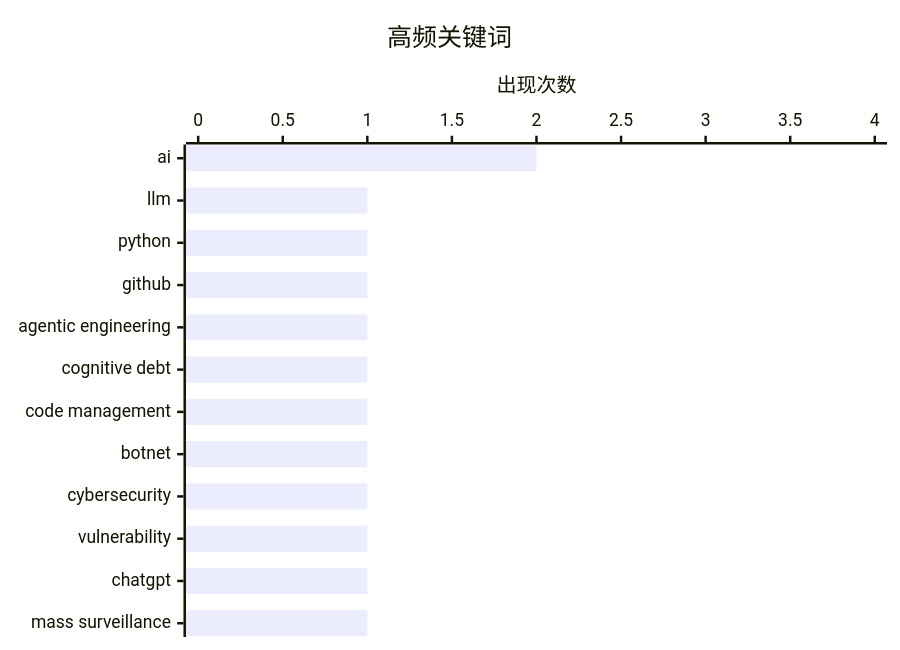
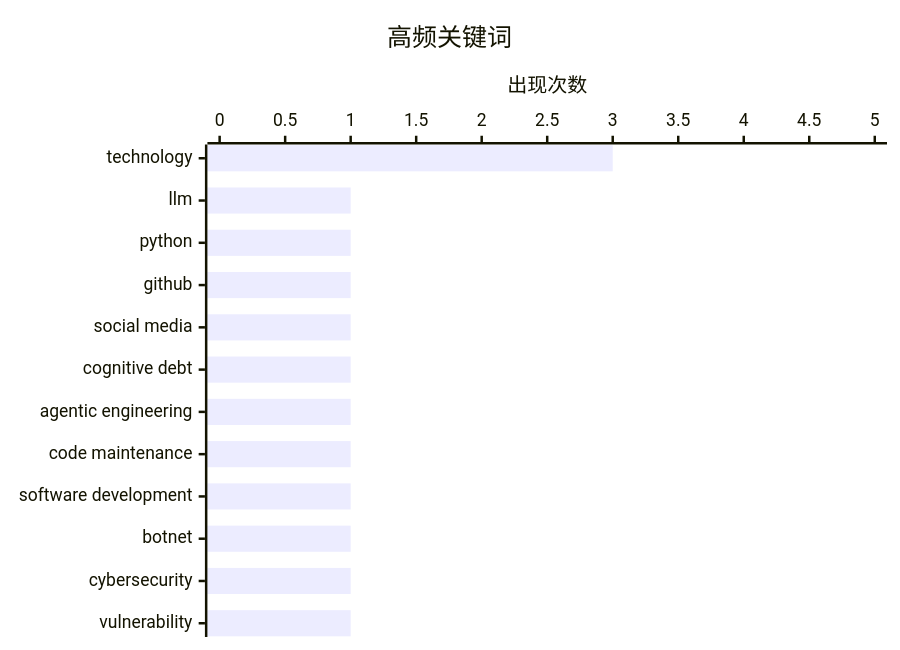
Before and after one commit to gitmeus/daily-reports: the second of 2 diagrams in digest-20260301.md, drawn with Mermaid. The commit also changed other lines of this file, not shown here.

````diff
--- a/digest-20260301.md
+++ b/digest-20260301.md
@@ -66,7 +66,7 @@
 ```mermaid
 xychart-beta horizontal
     title "高频关键词"
-    x-axis ["ai", "llm", "python", "github", "agentic engineering", "cognitive debt", "code management", "botnet", "cybersecurity", "vulnerability", "chatgpt", "mass surveillance"]
-    y-axis "出现次数" 0 --> 4
-    bar [2, 1, 1, 1, 1, 1, 1, 1, 1, 1, 1, 1]
+    x-axis ["technology", "llm", "python", "github", "social media", "cognitive debt", "agentic engineering", "code maintenance", "software development", "botnet", "cybersecurity", "vulnerability"]
+    y-axis "出现次数" 0 --> 5
+    bar [3, 1, 1, 1, 1, 1, 1, 1, 1, 1, 1, 1]
 ```
````
